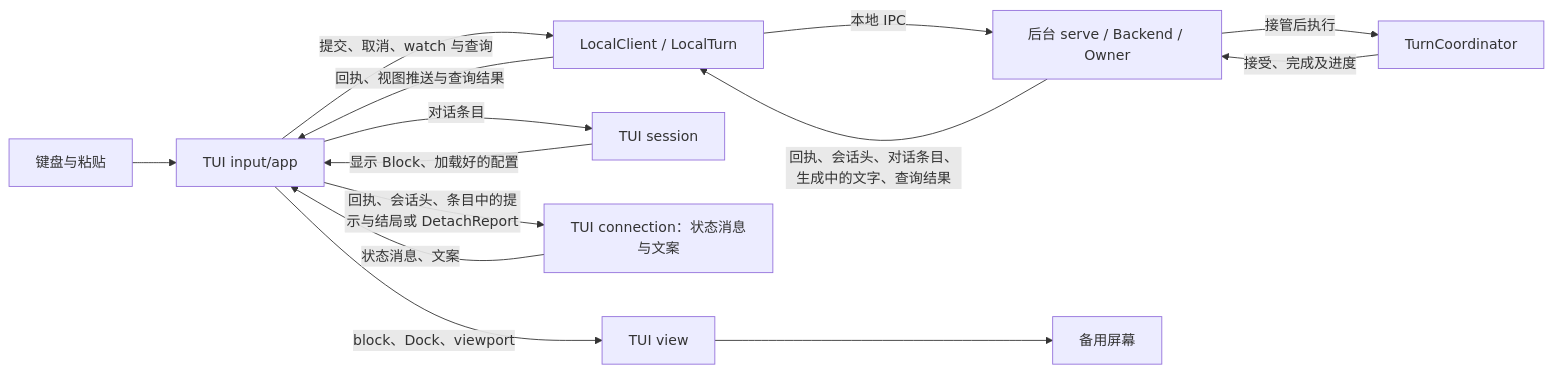
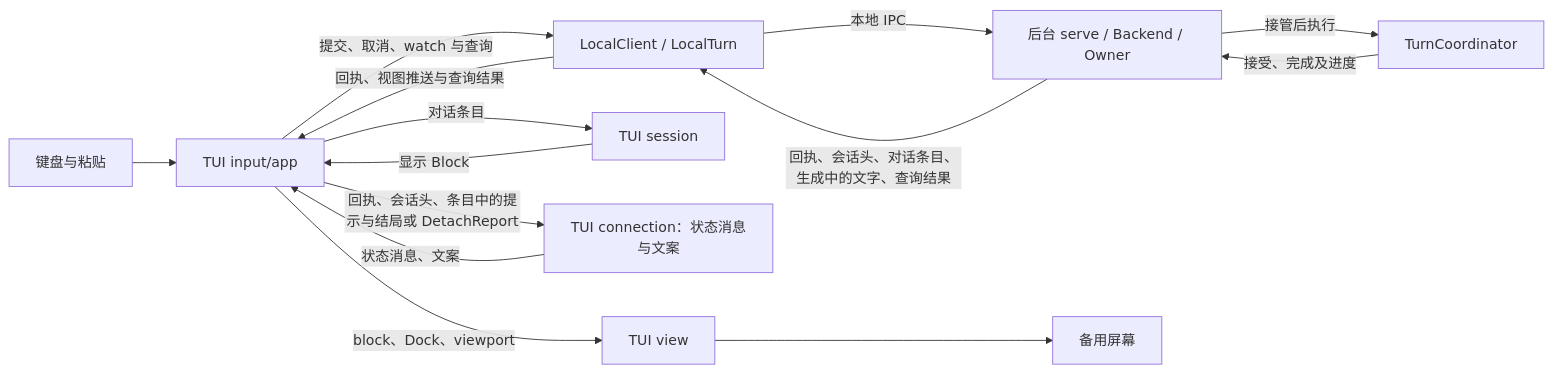
One commit to Skyline10124/lattice changed the diagram in docs/architecture/tui.md. Above: the diagram before and after it, drawn with Mermaid. The commit also changed other lines of this file and 23 other files, not shown here.

````diff
--- a/docs/architecture/tui.md
+++ b/docs/architecture/tui.md
@@ -85,16 +85,16 @@
 ```mermaid
 flowchart LR
     K["键盘与粘贴"] --> A["TUI input/app"]
     A -->|提交、取消、watch 与查询| L["LocalClient / LocalTurn"]
     L -->|本地 IPC| B["后台 serve / Backend / Owner"]
     B -->|接管后执行| E["TurnCoordinator"]
     E -->|接受、完成及进度| B
     B -->|回执、会话头、对话条目、生成中的文字、查询结果| L
     L -->|回执、视图推送与查询结果| A
     A -->|对话条目| S["TUI session"]
-    S -->|显示 Block、加载好的配置| A
+    S -->|显示 Block| A
     A -->|回执、会话头、条目中的提示与结局或 DetachReport| C["TUI connection：状态消息与文案"]
     C -->|状态消息、文案| A
     A -->|block、Dock、viewport| V["TUI view"]
     V --> T["备用屏幕"]
 ```
````
